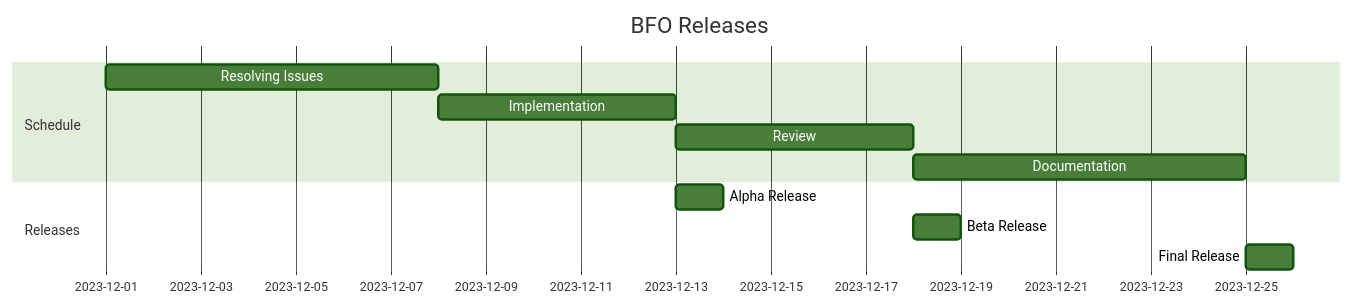
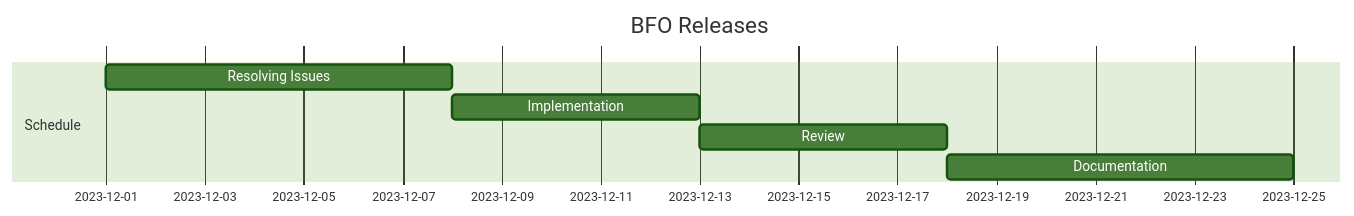
One commit to BFO-ontology/BFO-2020 changed the first of 2 diagrams in README.md. Above: the diagram before and after it, drawn with Mermaid.

````diff
--- a/README.md
+++ b/README.md
@@ -8,18 +8,14 @@
 ```mermaid
 %%{init: {'theme':'forest'}}%%
 gantt
     title BFO Releases
     dateFormat  YYYY-MM-DD
     todayMarker 2023-12-01
 
     section Schedule
     Resolving Issues   :a1, 2023-12-01, 7d
     Implementation     :a2, after a1, 5d
     Review             :a3, after a2, 5d
     Documentation      :a4, after a3, 7d
 
-    section Releases
-    Alpha Release      :a5, after a2, 1d
-    Beta Release       :a6, after a3, 1d
-    Final Release      :a7, after a4, 1d
 ```
````
